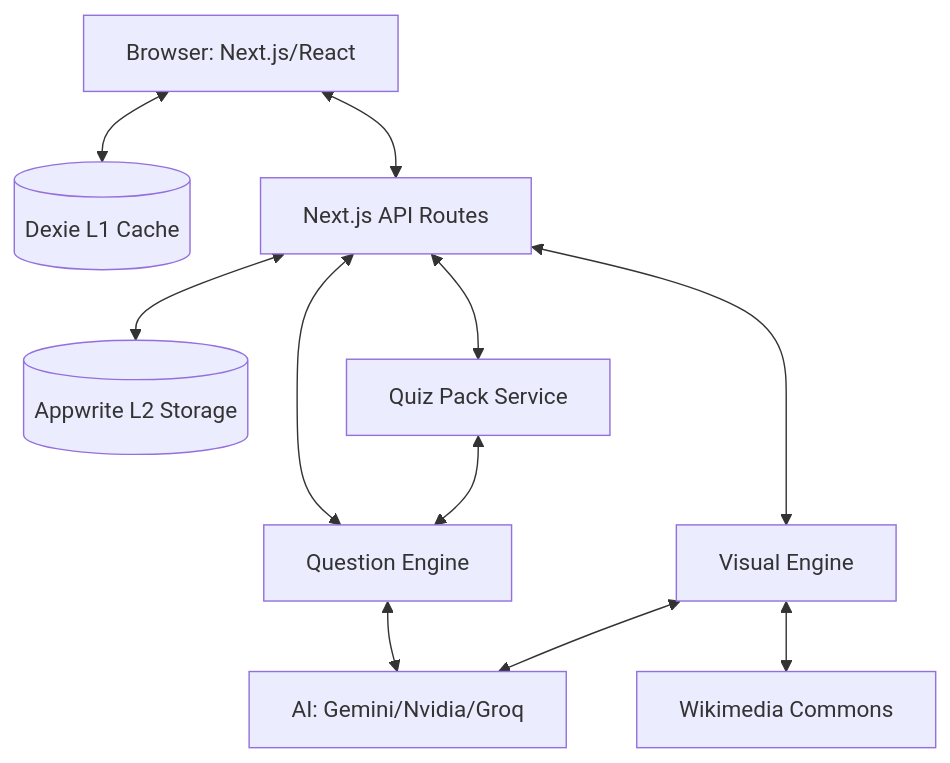
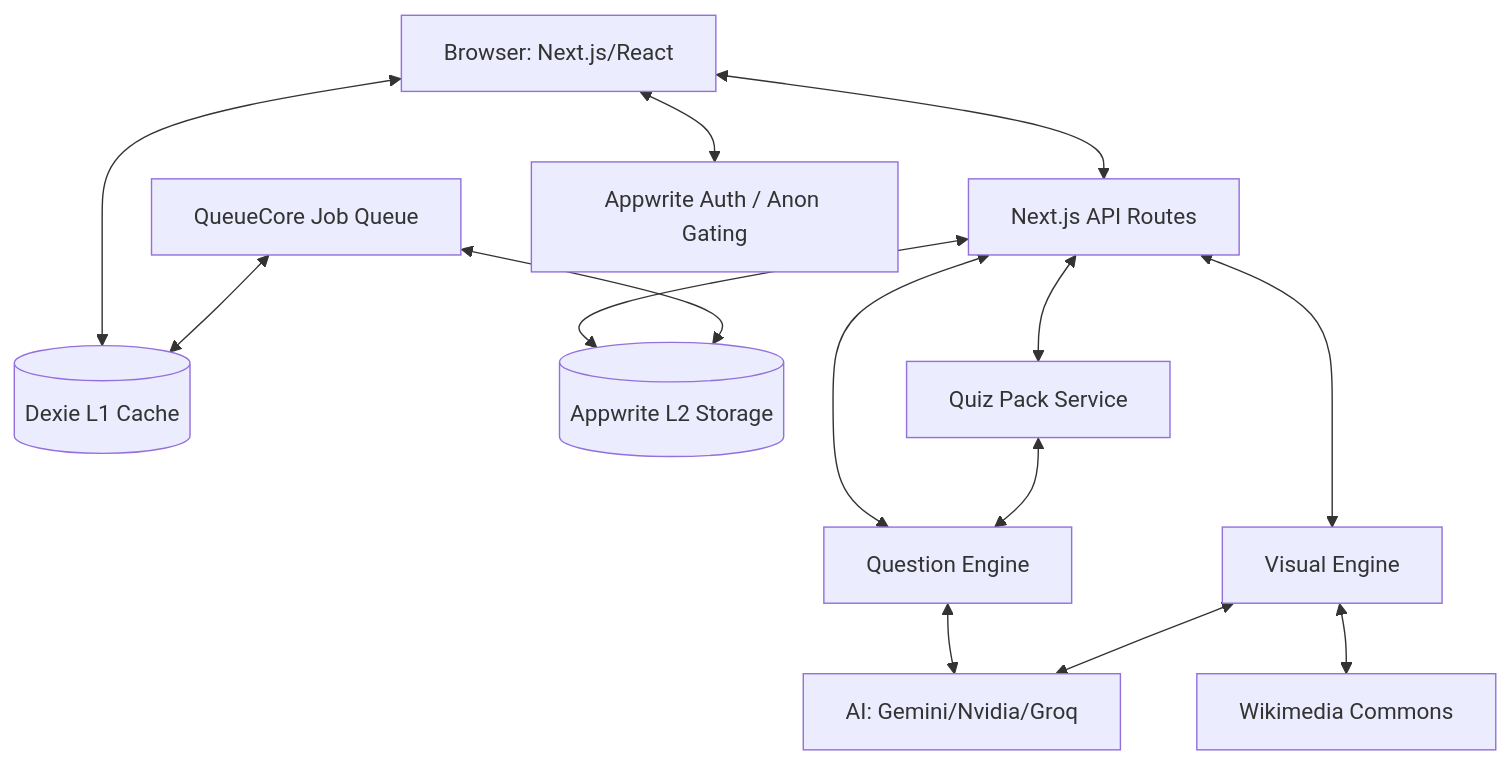
Before and after one commit to thembaxx/lumni: the diagram in .context/system-design.md, drawn with Mermaid. The commit also changed other lines of this file and 6 other files, not shown here.

````diff
--- a/.context/system-design.md
+++ b/.context/system-design.md
@@ -8,23 +8,28 @@
 ```mermaid
 graph TD
     Client[Browser: Next.js/React]
     Dexie[(Dexie L1 Cache)]
     Appwrite[(Appwrite L2 Storage)]
     API[Next.js API Routes]
     Engine[Question Engine]
     Visual[Visual Engine]
     Pack[Quiz Pack Service]
     AI[AI: Gemini/Nvidia/Groq]
     Wiki[Wikimedia Commons]
+    Queue[QueueCore Job Queue]
+    Auth[Appwrite Auth / Anon Gating]
 
     Client <--> Dexie
+    Client <--> Auth
     Client <--> API
     API <--> Appwrite
     API <--> Engine
     API <--> Visual
     API <--> Pack
     Engine <--> AI
     Visual <--> AI
     Visual <--> Wiki
     Pack <--> Engine
+    Queue <--> Dexie
+    Queue <--> Appwrite
 ```
````
